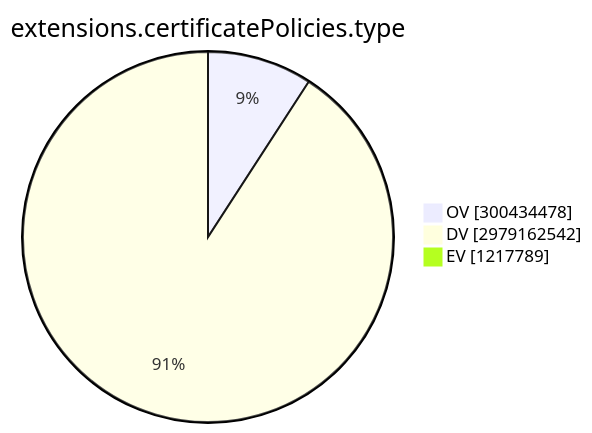
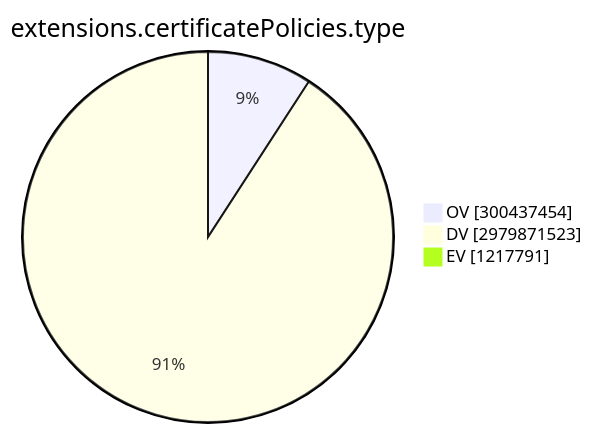
The ninth of 15 diagrams in TOTAL/README.md (christiankrug/ctmonitor_visualization), drawn with Mermaid before and after one commit. The commit also changed other lines of this file, not shown here.

````diff
--- a/TOTAL/README.md
+++ b/TOTAL/README.md
@@ -3101,7 +3101,7 @@
 ```mermaid
 pie showData
 title extensions.certificatePolicies.type
-"OV" :300434478
-"DV" :2979162542
-"EV" :1217789
+"OV" :300437454
+"DV" :2979871523
+"EV" :1217791
 ```
````
